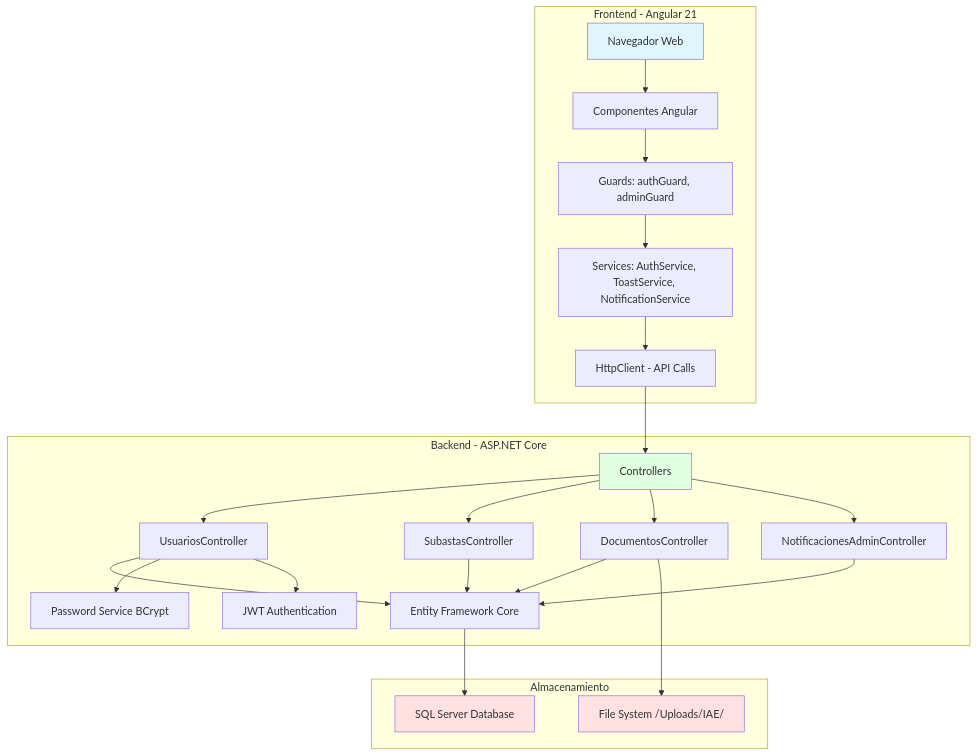
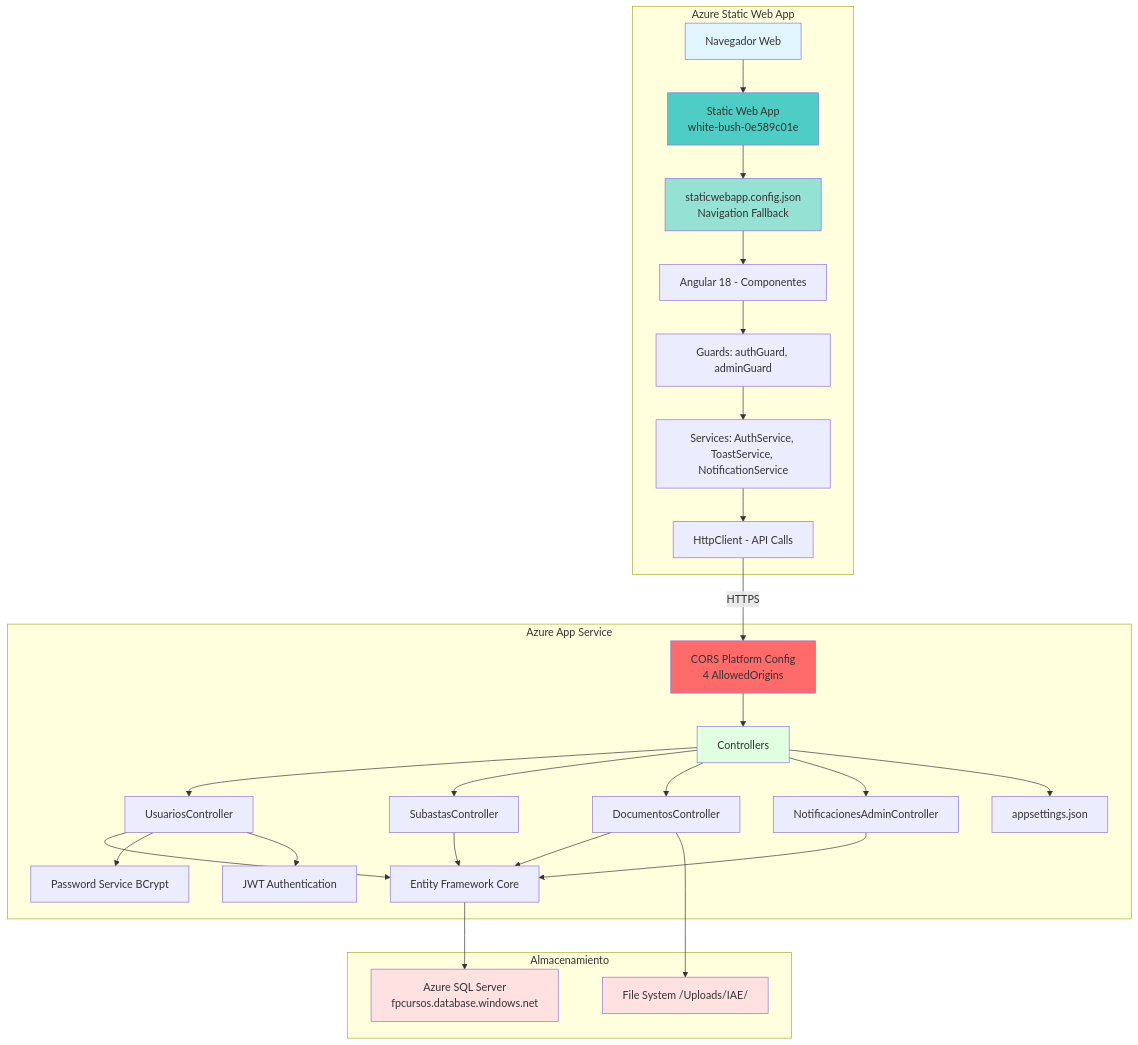
Before and after one commit to javallecillo-hiberuscom/subastas: the second of 10 diagrams in docs/DIAGRAMAS.md, drawn with Mermaid. The commit also changed other lines of this file and 394 other files, not shown here.

````diff
--- a/docs/DIAGRAMAS.md
+++ b/docs/DIAGRAMAS.md
@@ -87,49 +87,60 @@
 ```mermaid
 graph TB
-    subgraph "Frontend - Angular 21"
+    subgraph "Azure Static Web App"
         A[Navegador Web]
-        B[Componentes Angular]
+        SWA[Static Web App<br/>white-bush-0e589c01e]
+        B[Angular 18 - Componentes]
         C[Guards: authGuard, adminGuard]
         D[Services: AuthService, ToastService, NotificationService]
         E[HttpClient - API Calls]
+        CFG[staticwebapp.config.json<br/>Navigation Fallback]
     end
     
-    subgraph "Backend - ASP.NET Core"
+    subgraph "Azure App Service"
+        CORS[CORS Platform Config<br/>4 AllowedOrigins]
         F[Controllers]
         G[UsuariosController]
         H[SubastasController]
         I[DocumentosController]
         J[NotificacionesAdminController]
         K[Entity Framework Core]
         L[Password Service BCrypt]
         M[JWT Authentication]
+        APPSETTINGS[appsettings.json]
     end
     
     subgraph "Almacenamiento"
-        N[SQL Server Database]
+        N[Azure SQL Server<br/>fpcursos.database.windows.net]
         O[File System /Uploads/IAE/]
     end
     
-    A --> B
+    A --> SWA
+    SWA --> CFG
+    CFG --> B
     B --> C
     C --> D
     D --> E
-    E --> F
+    E -->|HTTPS| CORS
+    CORS --> F
     F --> G
     F --> H
     F --> I
     F --> J
     G --> K
     H --> K
     I --> K
     J --> K
     G --> L
     G --> M
     K --> N
     I --> O
+    F --> APPSETTINGS
     
     style A fill:#e1f5ff
+    style SWA fill:#4ECDC4
+    style CORS fill:#FF6B6B
     style N fill:#ffe1e1
     style O fill:#ffe1e1
     style F fill:#e1ffe1
+    style CFG fill:#95E1D3
 ```
````
